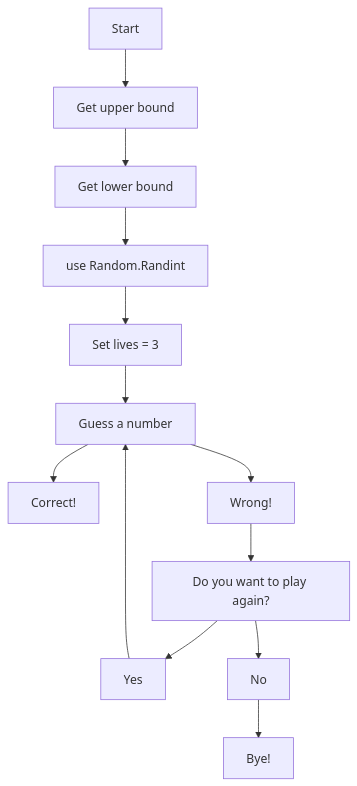
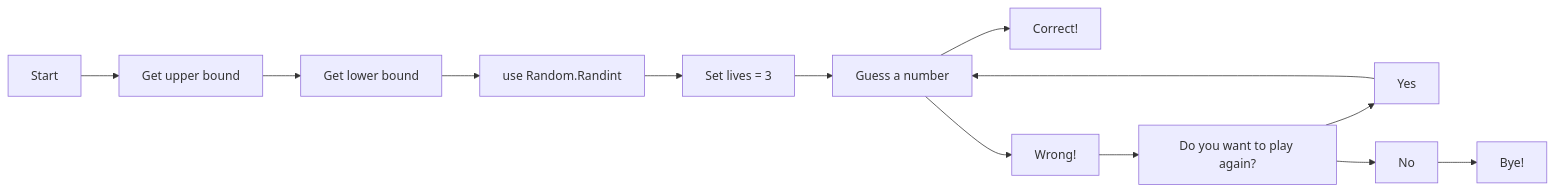
The diagram in Class3/Flowchart.md (joshua-waa/2025-2026-CIF), drawn with Mermaid before and after one commit.

````diff
--- a/Class3/Flowchart.md
+++ b/Class3/Flowchart.md
@@ -1,15 +1,15 @@
 ```mermaid
-flowchart TD
+flowchart LR
   St[Start]-->A
   A[Get upper bound]-->B[Get lower bound]
   B-->C[use Random.Randint]
   C-->D[Set lives = 3]
   D-->E[Guess a number]
   E-->F[Correct!]
   E-->G[Wrong!]
   G-->H[Do you want to play again?]
   H-->I[Yes]
   I-->E
   H-->J[No]
   J-->Z[Bye!]
 ```
````
